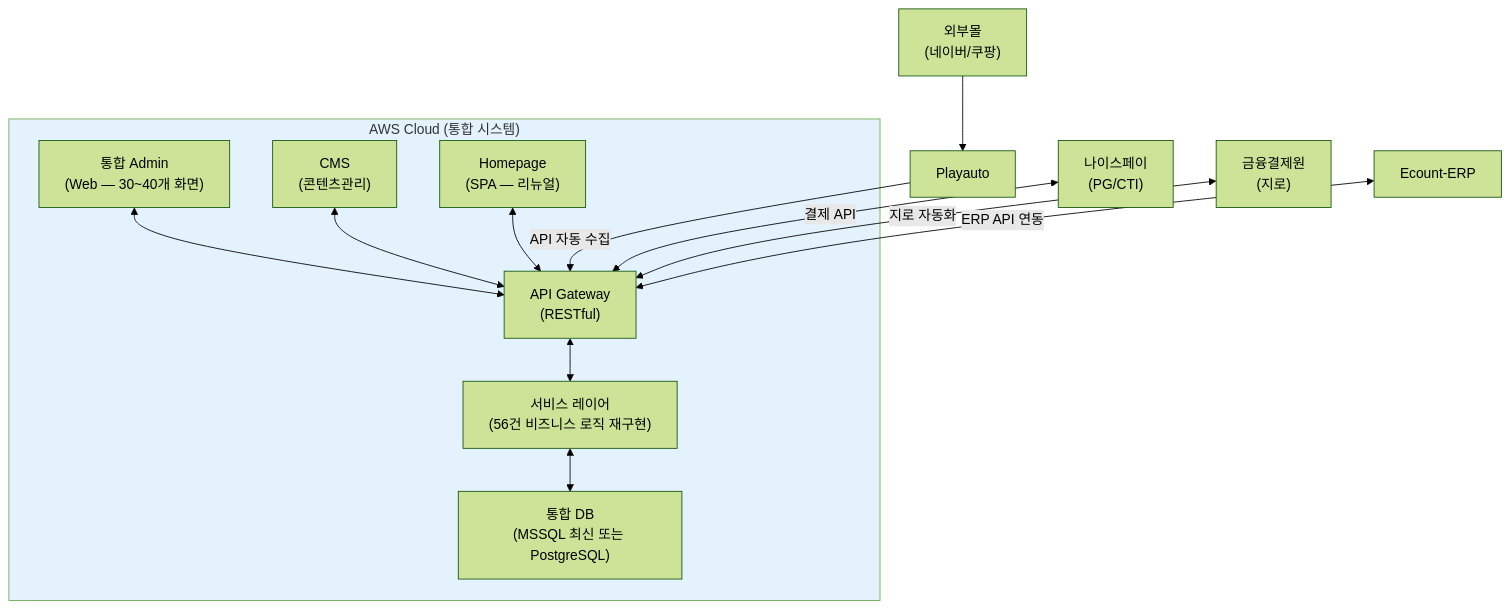
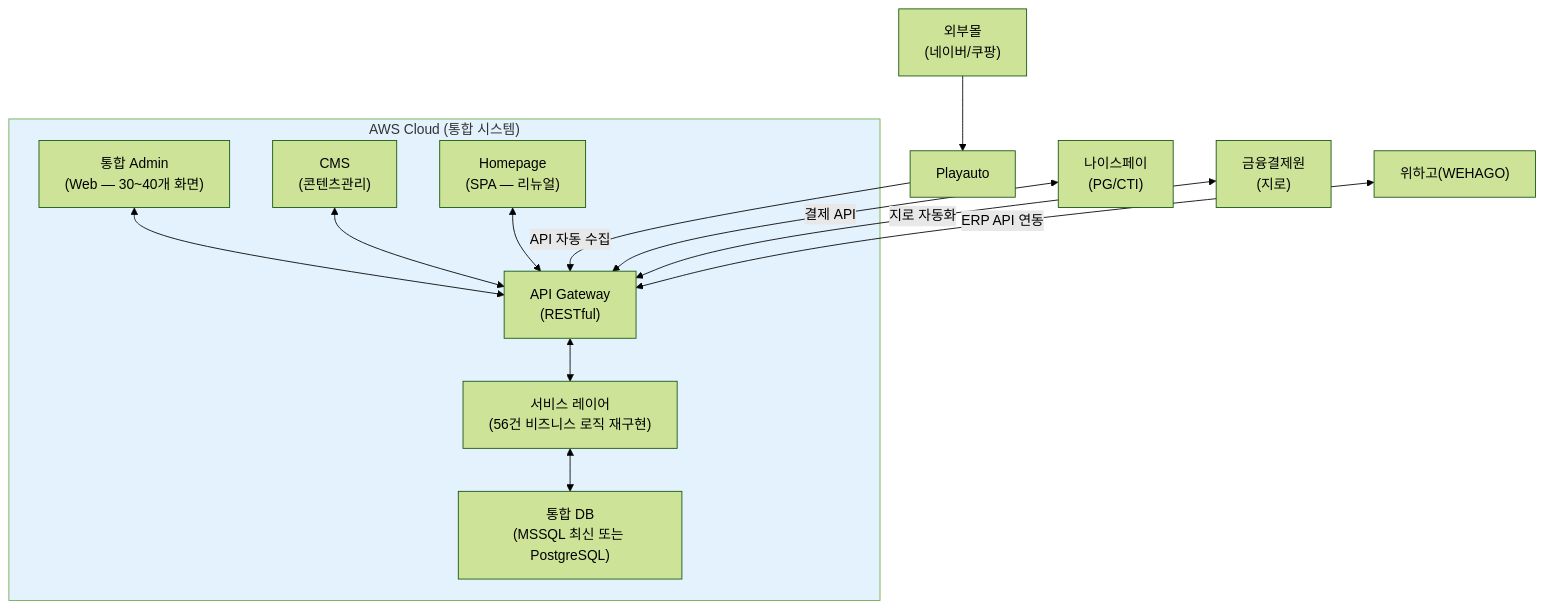
One commit to sknkwoxs/manual-book changed the sixth of 6 diagrams in src/content/docs/goodthinking-isp/02-analysis/system-diagnosis.md. Above: the diagram before and after it, drawn with Mermaid (forest theme). The commit also changed other lines of this file and 16 other files, not shown here.

````diff
--- a/src/content/docs/goodthinking-isp/02-analysis/system-diagnosis.md
+++ b/src/content/docs/goodthinking-isp/02-analysis/system-diagnosis.md
@@ -491,31 +491,31 @@
 ```mermaid
 graph TD
     subgraph CLOUD["AWS Cloud (통합 시스템)"]
         ADMIN["통합 Admin<br/>(Web — 30~40개 화면)"]
         CMS["CMS<br/>(콘텐츠관리)"]
         HOMEPAGE["Homepage<br/>(SPA — 리뉴얼)"]
         API["API Gateway<br/>(RESTful)"]
         DB["통합 DB<br/>(MSSQL 최신 또는 PostgreSQL)"]
         BL["서비스 레이어<br/>(56건 비즈니스 로직 재구현)"]
 
         ADMIN <--> API
         CMS <--> API
         HOMEPAGE <--> API
         API <--> BL
         BL <--> DB
     end
 
     EXT1["외부몰<br/>(네이버/쿠팡)"]
     EXT2["나이스페이<br/>(PG/CTI)"]
     EXT3["금융결제원<br/>(지로)"]
-    EXT4["Ecount-ERP"]
+    EXT4["위하고(WEHAGO)"]
     EXT5["Playauto"]
 
     EXT5 -->|"API 자동 수집"| API
     EXT1 --> EXT5
     EXT2 <-->|"결제 API"| API
     EXT3 <-->|"지로 자동화"| API
     EXT4 <-->|"ERP API 연동"| API
 
     style CLOUD fill:#e3f2fd
 ```
````
